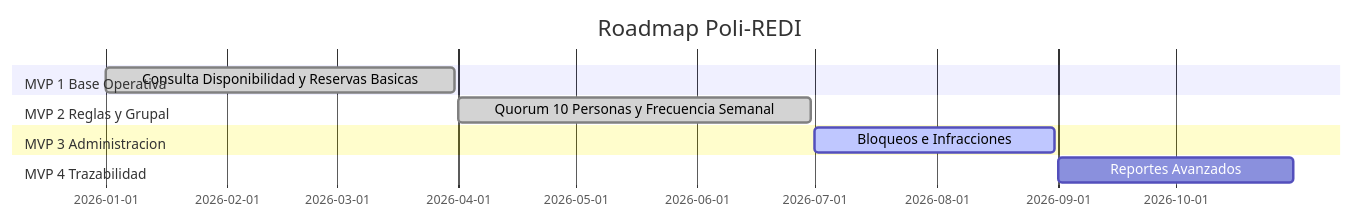
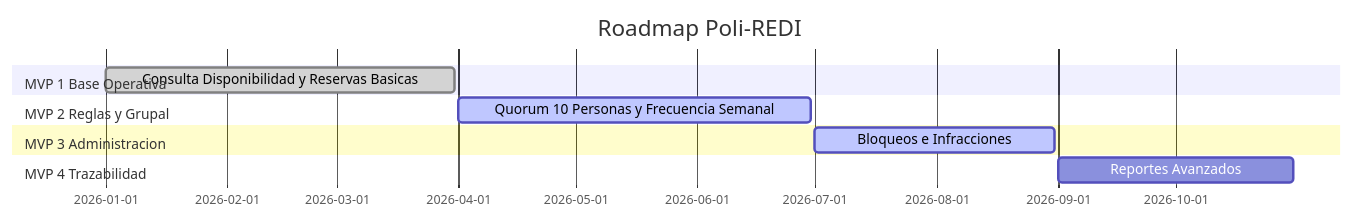
The diagram in docs/03-requisitos-casos-uso.md (Nicolas-Montana-Baeza/Poli-REDI), drawn with Mermaid before and after one commit. The commit also changed other lines of this file and 4 other files, not shown here.

Commit message:
fix: update documentation for join code encryption script and clarify group flow status

````diff
--- a/docs/03-requisitos-casos-uso.md
+++ b/docs/03-requisitos-casos-uso.md
@@ -10,13 +10,13 @@
 ```mermaid
 gantt
     title Roadmap Poli-REDI
     dateFormat  YYYY-MM-DD
     section MVP 1 Base Operativa
     Consulta Disponibilidad y Reservas Basicas :done, mvp1, 2026-01-01, 2026-03-31
     section MVP 2 Reglas y Grupal
-    Quorum 10 Personas y Frecuencia Semanal   :done, mvp2, 2026-04-01, 2026-06-30
+    Quorum 10 Personas y Frecuencia Semanal   :active, mvp2, 2026-04-01, 2026-06-30
     section MVP 3 Administracion
     Bloqueos e Infracciones                   :active, mvp3, 2026-07-01, 2026-08-31
     section MVP 4 Trazabilidad
     Reportes Avanzados                        :mvp4, 2026-09-01, 2026-10-31
 ```
````
